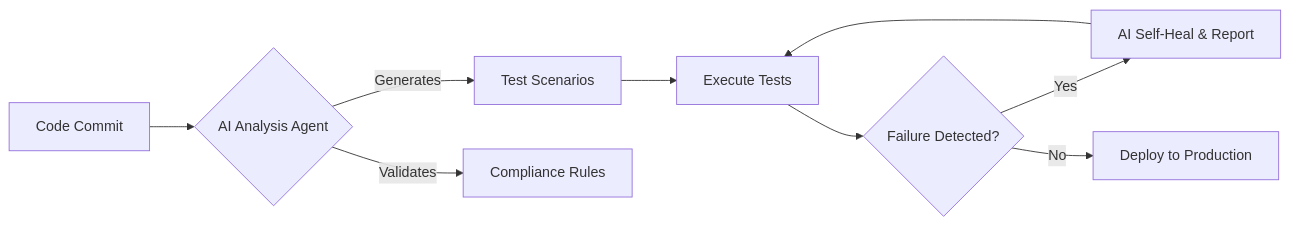
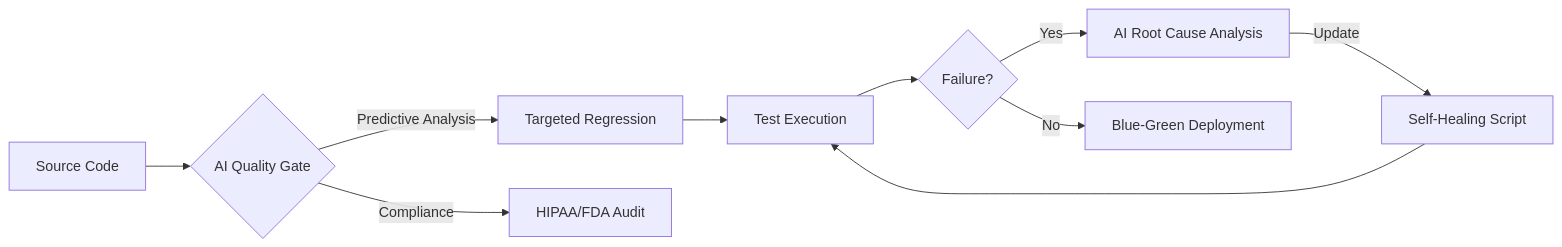
One commit to darshil0/darshil0 changed the diagram in README.md. Above: the diagram before and after it, drawn with Mermaid. The commit also changed other lines of this file, not shown here.

````diff
--- a/README.md
+++ b/README.md
@@ -47,11 +32,13 @@
 ```mermaid
 graph LR
-    A[Code Commit] --> B{AI Analysis Agent}
-    B -->|Generates| C[Test Scenarios]
-    B -->|Validates| D[Compliance Rules]
-    C --> E[Execute Tests]
-    E --> F{Failure Detected?}
-    F -->|Yes| G[AI Self-Heal & Report]
-    G --> E
-    F -->|No| H[Deploy to Production]
+    A[Source Code] --> B{AI Quality Gate}
+    B -->|Predictive Analysis| C[Targeted Regression]
+    B -->|Compliance| D[HIPAA/FDA Audit]
+    C --> E[Test Execution]
+    E --> F{Failure?}
+    F -->|Yes| G[AI Root Cause Analysis]
+    G -->|Update| H[Self-Healing Script]
+    H --> E
+    F -->|No| I[Blue-Green Deployment]
+
 ```
````
